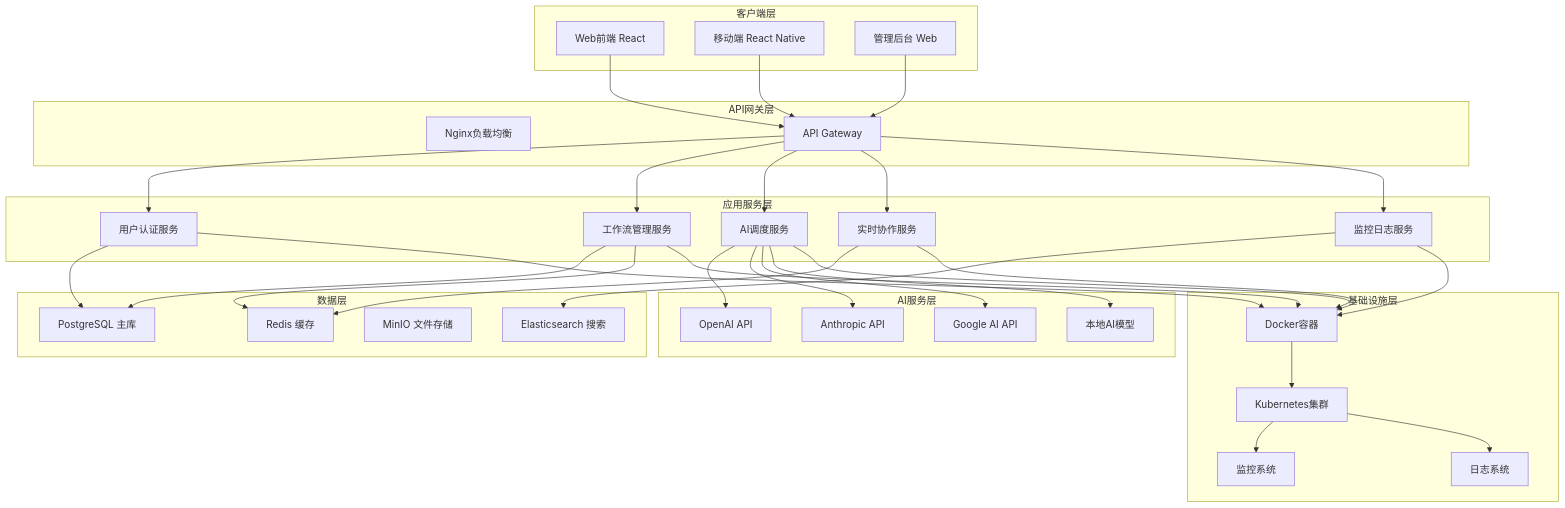
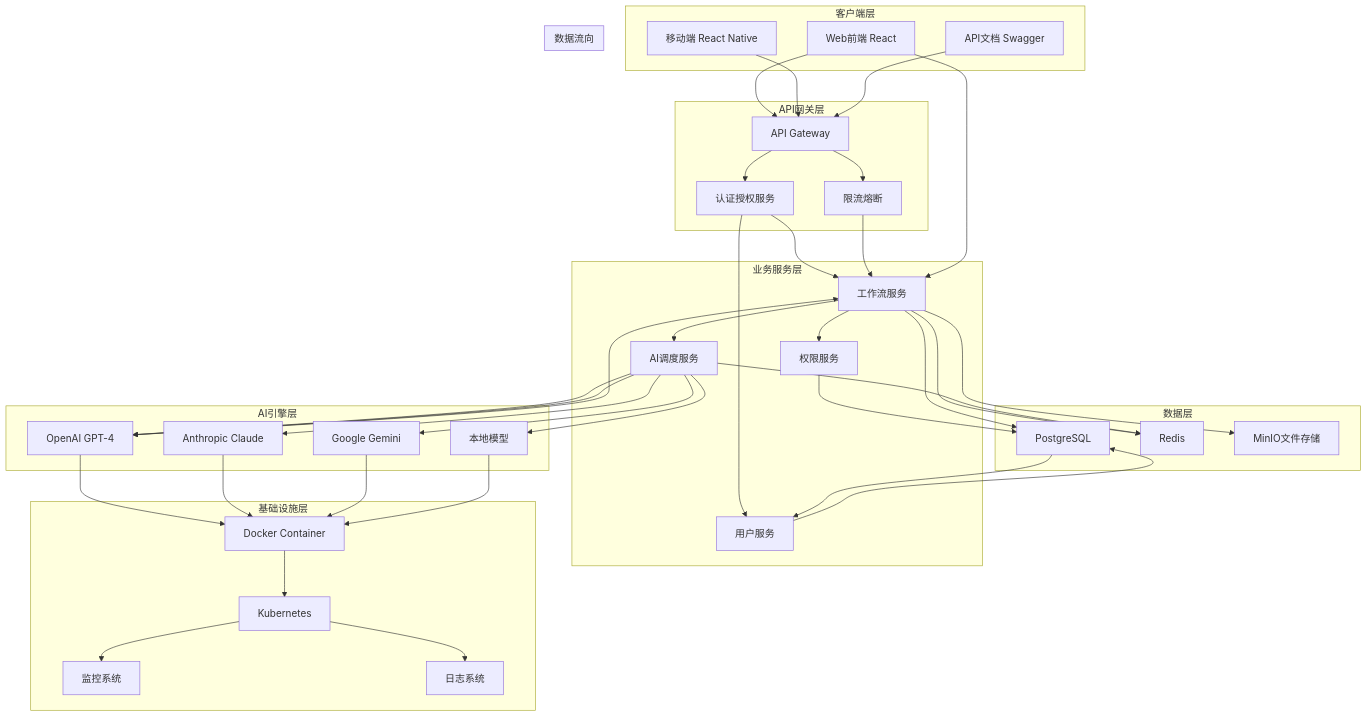
One commit to ai-ideas-lab/romance-of-three-claws changed the diagram in docs/arch-design-ai-workspace-orchestrator.md. Above: the diagram before and after it, drawn with Mermaid. The commit also changed other lines of this file and 9 other files, not shown here.

````diff
--- a/docs/arch-design-ai-workspace-orchestrator.md
+++ b/docs/arch-design-ai-workspace-orchestrator.md
@@ -133,71 +92,77 @@
 ```mermaid
 graph TB
     subgraph "客户端层"
         A[Web前端 React]
         B[移动端 React Native]
-        C[管理后台 Web]
+        C[API文档 Swagger]
     end
-    
+
     subgraph "API网关层"
-        D[Nginx负载均衡]
-        E[API Gateway]
+        D[API Gateway]
+        E[认证授权服务]
+        F[限流熔断]
     end
-    
-    subgraph "应用服务层"
-        F[用户认证服务]
-        G[工作流管理服务]
+
+    subgraph "业务服务层"
+        G[工作流服务]
         H[AI调度服务]
-        I[实时协作服务]
-        J[监控日志服务]
+        I[用户服务]
+        J[权限服务]
     end
-    
+
     subgraph "数据层"
-        K[PostgreSQL 主库]
-        L[Redis 缓存]
-        M[MinIO 文件存储]
-        N[Elasticsearch 搜索]
+        K[PostgreSQL]
+        L[Redis]
+        M[MinIO文件存储]
     end
-    
-    subgraph "AI服务层"
-        O[OpenAI API]
-        P[Anthropic API]
-        Q[Google AI API]
-        R[本地AI模型]
+
+    subgraph "AI引擎层"
+        N[OpenAI GPT-4]
+        O[Anthropic Claude]
+        P[Google Gemini]
+        Q[本地模型]
     end
-    
+
     subgraph "基础设施层"
-        S[Docker容器]
-        T[Kubernetes集群]
-        U[监控系统]
-        V[日志系统]
+        R[Docker Container]
+        S[Kubernetes]
+        T[监控系统]
+        U[日志系统]
     end
-    
-    A --> E
-    B --> E
-    C --> E
-    E --> F
+
+    A --> D
+    B --> D
+    C --> D
+    D --> E
+    D --> F
     E --> G
-    E --> H
     E --> I
-    E --> J
-    
-    F --> K
-    G --> K
-    G --> L
+    F --> G
+    G --> H
+    G --> J
+    H --> N
     H --> O
     H --> P
     H --> Q
-    H --> R
-    I --> L
-    J --> N
-    
-    F --> S
-    G --> S
-    H --> S
-    I --> S
-    J --> S
-    
+    I --> K
+    J --> K
+    G --> L
+    H --> L
+    G --> M
+    N --> R
+    O --> R
+    P --> R
+    Q --> R
+    R --> S
     S --> T
-    T --> U
-    T --> V
+    S --> U
+
+    subgraph "数据流向"
+        direction LR
+        A --> G
+        H --> N
+        N --> G
+        G --> K
+        K --> I
+    end
 ```
````
